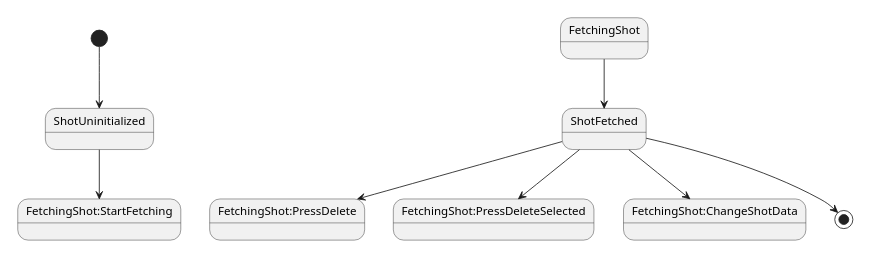
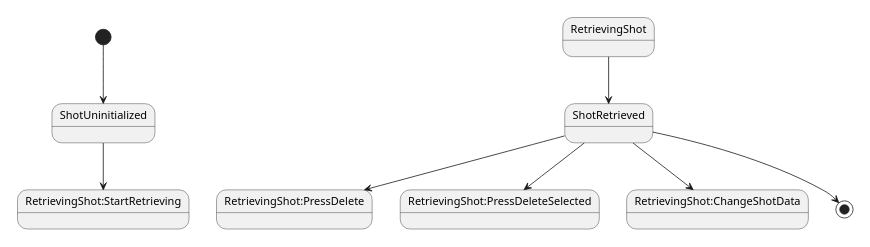
Before and after one commit to amamiseiya/shonichi_Flutter: the diagram in flutter_module/documents/shot_editor_page_state.wsd, drawn with PlantUML. The commit also changed 75 other files, not shown here.

```diff
--- a/flutter_module/documents/shot_editor_page_state.wsd
+++ b/flutter_module/documents/shot_editor_page_state.wsd
@@ -1,12 +1,12 @@
 @startuml ShotEditorPageState
 scale 500 width
 
 [*] --> ShotUninitialized
-ShotUninitialized-->FetchingShot:StartFetching
-FetchingShot-->ShotFetched
-ShotFetched-->FetchingShot:PressDelete
-ShotFetched-->FetchingShot:PressDeleteSelected
-ShotFetched-->FetchingShot:ChangeShotData
-ShotFetched-->[*]
+ShotUninitialized-->RetrievingShot:StartRetrieving
+RetrievingShot-->ShotRetrieved
+ShotRetrieved-->RetrievingShot:PressDelete
+ShotRetrieved-->RetrievingShot:PressDeleteSelected
+ShotRetrieved-->RetrievingShot:ChangeShotData
+ShotRetrieved-->[*]
 
 @enduml
```
